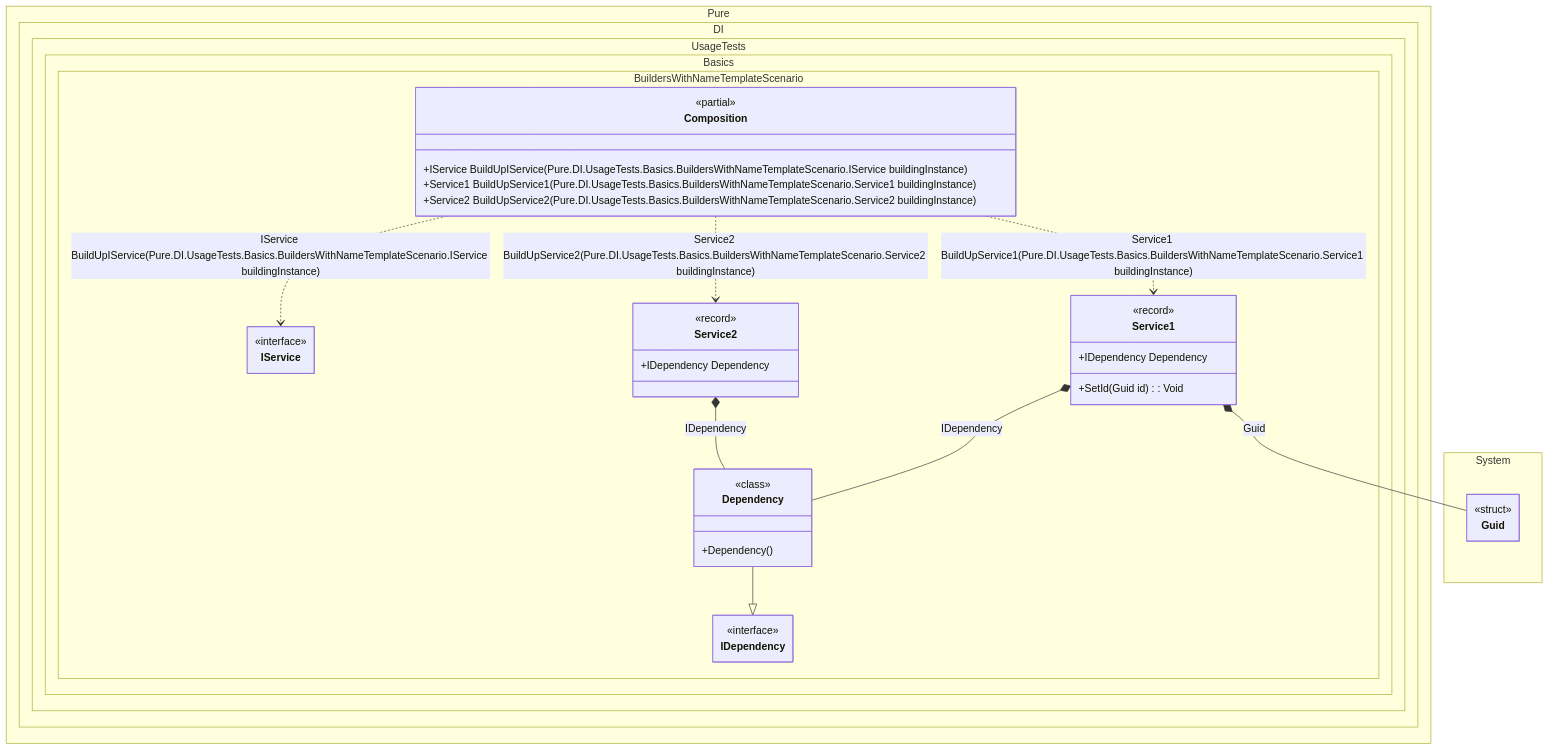
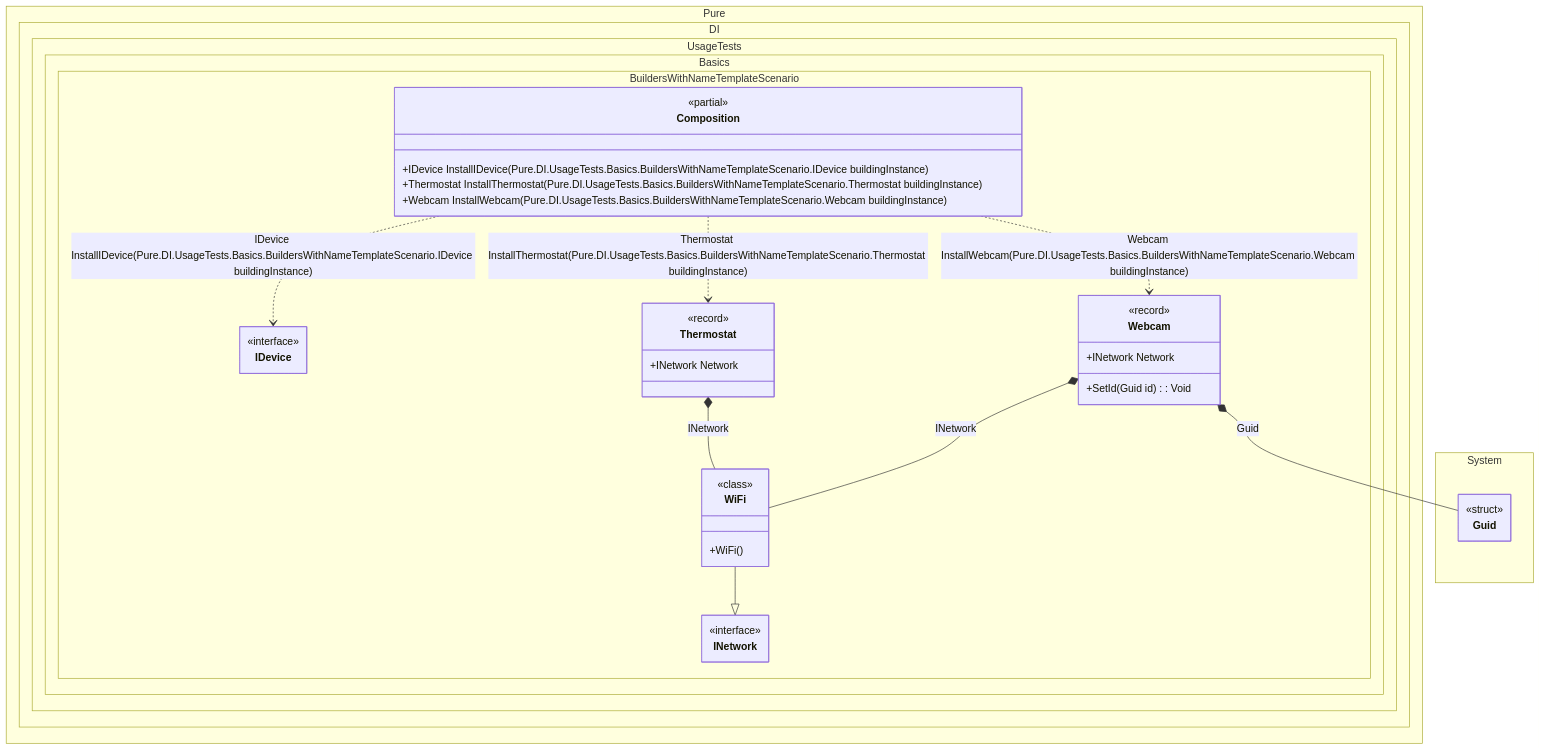
The diagram in readme/builders-with-a-name-template.md (DevTeam/Pure.DI), drawn with Mermaid before and after one commit. The commit also changed other lines of this file and 126 other files, not shown here.

````diff
--- a/readme/builders-with-a-name-template.md
+++ b/readme/builders-with-a-name-template.md
@@ -183,49 +183,49 @@
 ```mermaid
 ---
  config:
   maxTextSize: 2147483647
   maxEdges: 2147483647
   class:
    hideEmptyMembersBox: true
 ---
 classDiagram
-	Dependency --|> IDependency
-	Composition ..> IService : IService BuildUpIService(Pure.DI.UsageTests.Basics.BuildersWithNameTemplateScenario.IService buildingInstance)
-	Composition ..> Service2 : Service2 BuildUpService2(Pure.DI.UsageTests.Basics.BuildersWithNameTemplateScenario.Service2 buildingInstance)
-	Composition ..> Service1 : Service1 BuildUpService1(Pure.DI.UsageTests.Basics.BuildersWithNameTemplateScenario.Service1 buildingInstance)
-	Service1 *--  Guid : Guid
-	Service1 *--  Dependency : IDependency
-	Service2 *--  Dependency : IDependency
+	WiFi --|> INetwork
+	Composition ..> IDevice : IDevice InstallIDevice(Pure.DI.UsageTests.Basics.BuildersWithNameTemplateScenario.IDevice buildingInstance)
+	Composition ..> Thermostat : Thermostat InstallThermostat(Pure.DI.UsageTests.Basics.BuildersWithNameTemplateScenario.Thermostat buildingInstance)
+	Composition ..> Webcam : Webcam InstallWebcam(Pure.DI.UsageTests.Basics.BuildersWithNameTemplateScenario.Webcam buildingInstance)
+	Webcam *--  Guid : Guid
+	Webcam *--  WiFi : INetwork
+	Thermostat *--  WiFi : INetwork
 	namespace Pure.DI.UsageTests.Basics.BuildersWithNameTemplateScenario {
 		class Composition {
 		<<partial>>
-		+IService BuildUpIService(Pure.DI.UsageTests.Basics.BuildersWithNameTemplateScenario.IService buildingInstance)
-		+Service1 BuildUpService1(Pure.DI.UsageTests.Basics.BuildersWithNameTemplateScenario.Service1 buildingInstance)
-		+Service2 BuildUpService2(Pure.DI.UsageTests.Basics.BuildersWithNameTemplateScenario.Service2 buildingInstance)
+		+IDevice InstallIDevice(Pure.DI.UsageTests.Basics.BuildersWithNameTemplateScenario.IDevice buildingInstance)
+		+Thermostat InstallThermostat(Pure.DI.UsageTests.Basics.BuildersWithNameTemplateScenario.Thermostat buildingInstance)
+		+Webcam InstallWebcam(Pure.DI.UsageTests.Basics.BuildersWithNameTemplateScenario.Webcam buildingInstance)
 		}
-		class Dependency {
-				<<class>>
-			+Dependency()
+		class IDevice {
+				<<interface>>
 		}
-		class IDependency {
+		class INetwork {
 			<<interface>>
 		}
-		class IService {
-				<<interface>>
+		class Thermostat {
+				<<record>>
+			+INetwork Network
 		}
-		class Service1 {
+		class Webcam {
 				<<record>>
-			+IDependency Dependency
+			+INetwork Network
 			+SetId(Guid id) : Void
 		}
-		class Service2 {
-				<<record>>
-			+IDependency Dependency
+		class WiFi {
+				<<class>>
+			+WiFi()
 		}
 	}
 	namespace System {
 		class Guid {
 				<<struct>>
 		}
 	}
 ```
````
